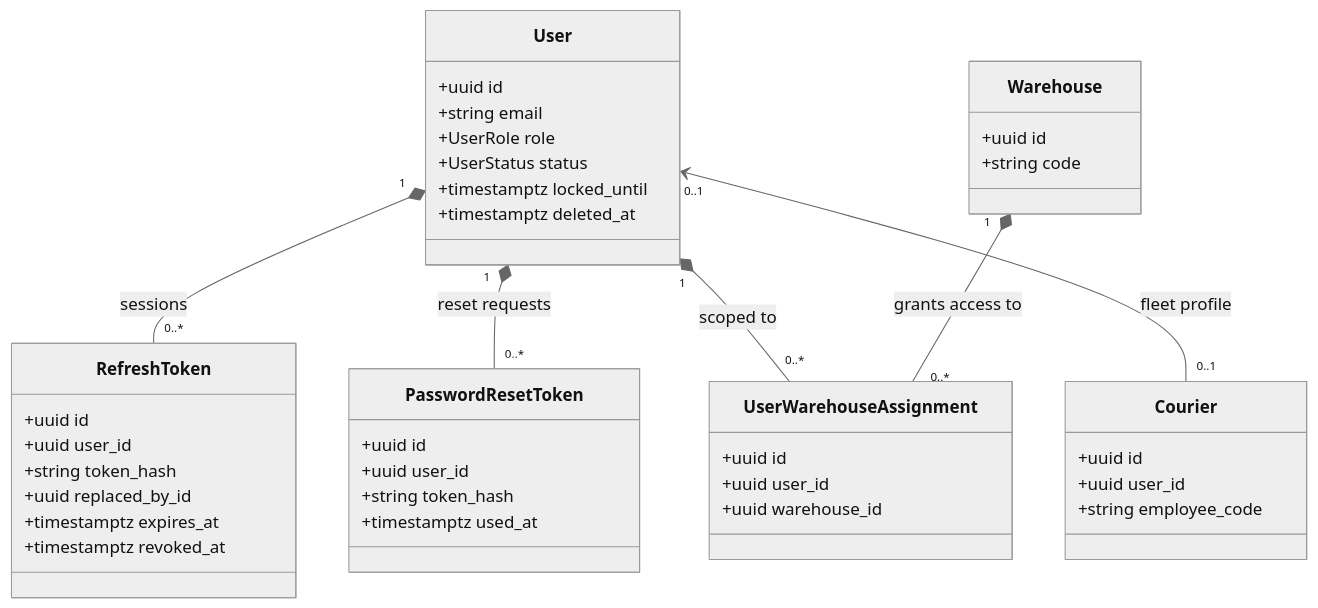
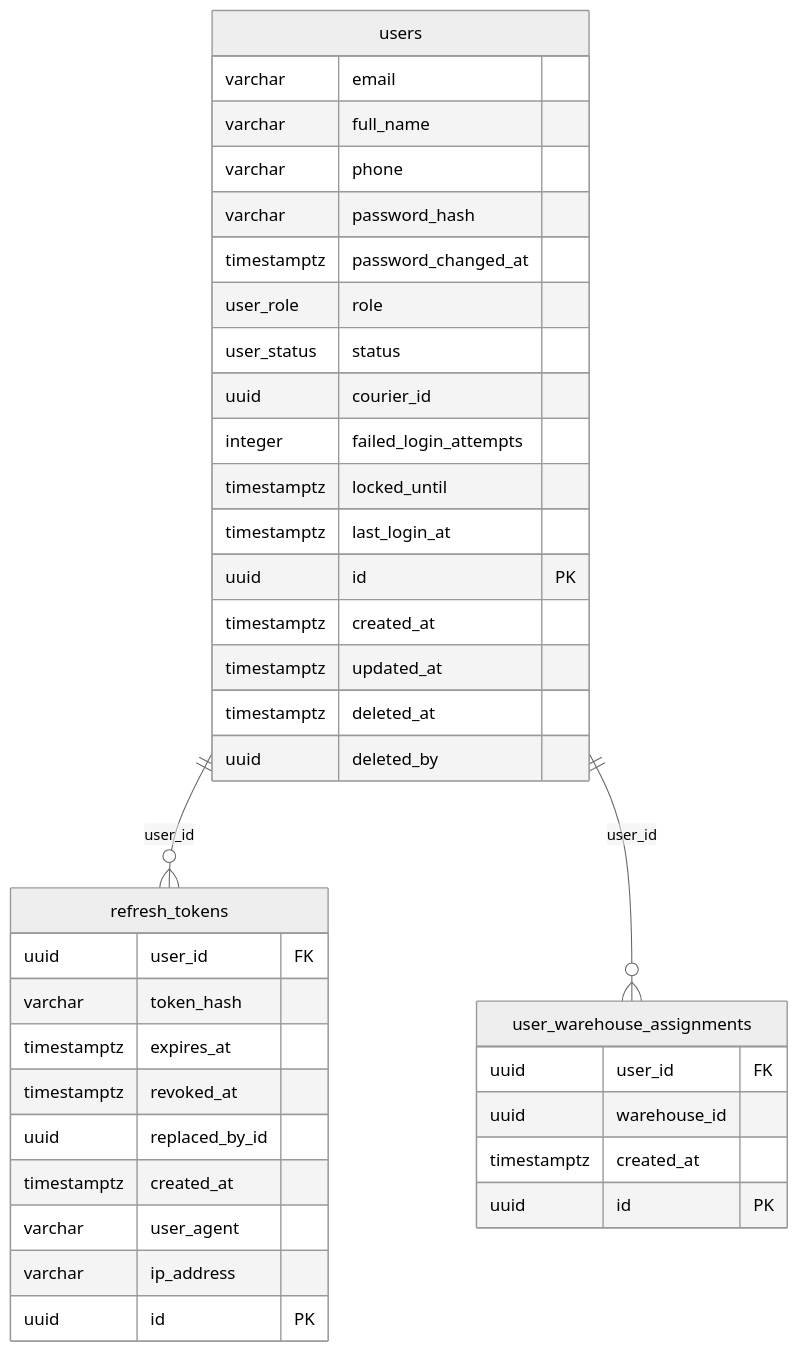
The first of 4 diagrams in docs/database.md (Abdullah18x/smart_logistics), drawn with Mermaid (neutral theme) before and after one commit. The commit also changed other lines of this file and 36 other files, not shown here.

````diff
--- a/docs/database.md
+++ b/docs/database.md
@@ -703,45 +53,40 @@
 ```mermaid
-classDiagram
-    class User {
-        +uuid id
-        +string email
-        +UserRole role
-        +UserStatus status
-        +timestamptz locked_until
-        +timestamptz deleted_at
+erDiagram
+    users ||--o{ refresh_tokens : "user_id"
+    users ||--o{ user_warehouse_assignments : "user_id"
+    users {
+        varchar email
+        varchar full_name
+        varchar phone
+        varchar password_hash
+        timestamptz password_changed_at
+        user_role role
+        user_status status
+        uuid courier_id
+        integer failed_login_attempts
+        timestamptz locked_until
+        timestamptz last_login_at
+        uuid id PK
+        timestamptz created_at
+        timestamptz updated_at
+        timestamptz deleted_at
+        uuid deleted_by
     }
-    class RefreshToken {
-        +uuid id
-        +uuid user_id
-        +string token_hash
-        +uuid replaced_by_id
-        +timestamptz expires_at
-        +timestamptz revoked_at
+    refresh_tokens {
+        uuid user_id FK
+        varchar token_hash
+        timestamptz expires_at
+        timestamptz revoked_at
+        uuid replaced_by_id
+        timestamptz created_at
+        varchar user_agent
+        varchar ip_address
+        uuid id PK
     }
-    class PasswordResetToken {
-        +uuid id
-        +uuid user_id
-        +string token_hash
-        +timestamptz used_at
+    user_warehouse_assignments {
+        uuid user_id FK
+        uuid warehouse_id
+        timestamptz created_at
+        uuid id PK
     }
-    class UserWarehouseAssignment {
-        +uuid id
-        +uuid user_id
-        +uuid warehouse_id
-    }
-    class Warehouse {
-        +uuid id
-        +string code
-    }
-    class Courier {
-        +uuid id
-        +uuid user_id
-        +string employee_code
-    }
-
-    User "1" *-- "0..*" RefreshToken : sessions
-    User "1" *-- "0..*" PasswordResetToken : reset requests
-    User "1" *-- "0..*" UserWarehouseAssignment : scoped to
-    Warehouse "1" *-- "0..*" UserWarehouseAssignment : grants access to
-    User "0..1" <-- "0..1" Courier : fleet profile
 ```
````
